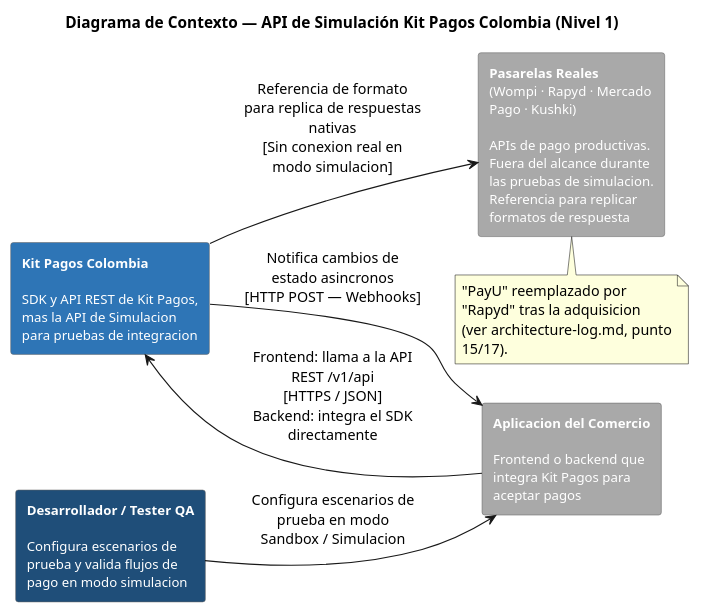
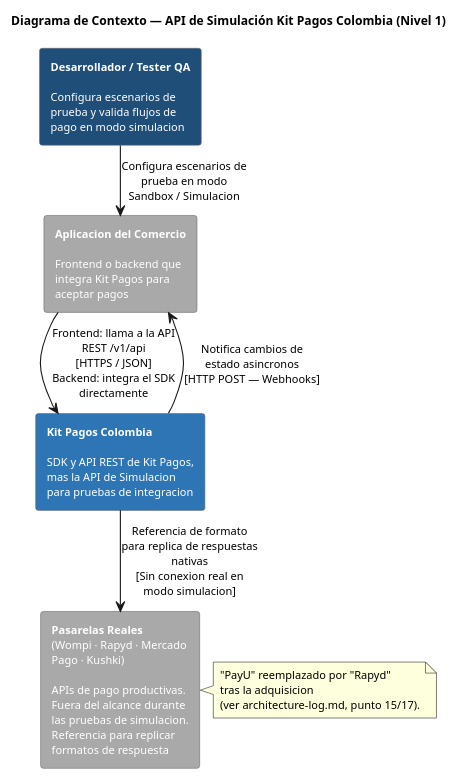
Before and after one commit to PurosBrothers/Kit-Pagos-Colombia---Tesis: the diagram in docs/architecture/Simulador API/diagrams-source/context-diagram.puml, drawn with PlantUML. The commit also changed 87 other files, not shown here.

```diff
--- a/docs/architecture/Simulador API/diagrams-source/context-diagram.puml
+++ b/docs/architecture/Simulador API/diagrams-source/context-diagram.puml
@@ -1,28 +1,35 @@
 @startuml Context Diagram - Simulador API
 title Diagrama de Contexto — API de Simulación Kit Pagos Colombia (Nivel 1)
-left to right direction
 skinparam backgroundColor white
-skinparam rectangleFontSize 12
+skinparam defaultFontName Helvetica
+skinparam defaultFontSize 10
+skinparam titleFontSize 11
+skinparam rectangleFontSize 10
+skinparam ArrowFontSize 10
+skinparam NoteFontSize 10
 skinparam wrapWidth 200
+skinparam nodesep 12
+skinparam ranksep 22
 skinparam rectangle {
   BorderColor #666666
   ArrowColor #666666
   FontColor white
 }
 
 rectangle "**Desarrollador / Tester QA**\n\nConfigura escenarios de\nprueba y valida flujos de\npago en modo simulacion" as Dev #1F4E79
 rectangle "**Aplicacion del Comercio**\n\nFrontend o backend que\nintegra Kit Pagos para\naceptar pagos" as Comercio #A9A9A9
 rectangle "**Kit Pagos Colombia**\n\nSDK y API REST de Kit Pagos,\nmas la API de Simulacion\npara pruebas de integracion" as KitPagos #2E75B6
 rectangle "**Pasarelas Reales**\n(Wompi · Rapyd · Mercado\nPago · Kushki)\n\nAPIs de pago productivas.\nFuera del alcance durante\nlas pruebas de simulacion.\nReferencia para replicar\nformatos de respuesta" as Pasarelas #A9A9A9
 
 Dev --> Comercio : Configura escenarios de\nprueba en modo\nSandbox / Simulacion
 Comercio --> KitPagos : Frontend: llama a la API\nREST /v1/api\n[HTTPS / JSON]\nBackend: integra el SDK\ndirectamente
-KitPagos --> Comercio : Notifica cambios de\nestado asincronos\n[HTTP POST — Webhooks]
+Comercio <-- KitPagos : Notifica cambios de\nestado asincronos\n[HTTP POST — Webhooks]
 KitPagos --> Pasarelas : Referencia de formato\npara replica de respuestas\nnativas\n[Sin conexion real en\nmodo simulacion]
 
-note bottom of Pasarelas
-  "PayU" reemplazado por "Rapyd" tras la adquisicion
+note right of Pasarelas
+  "PayU" reemplazado por "Rapyd"
+  tras la adquisicion
   (ver architecture-log.md, punto 15/17).
 end note
 
 @enduml
```
